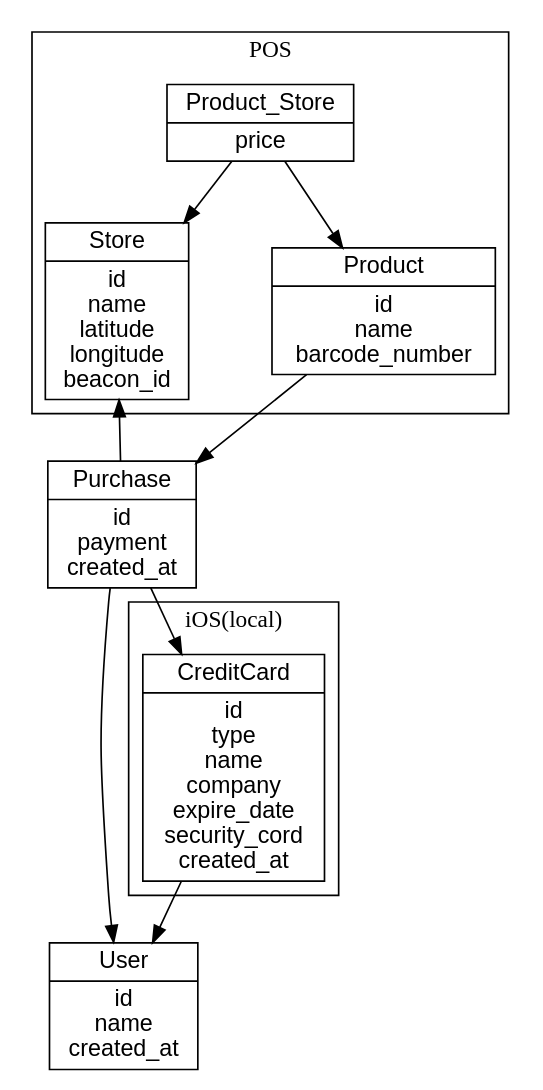
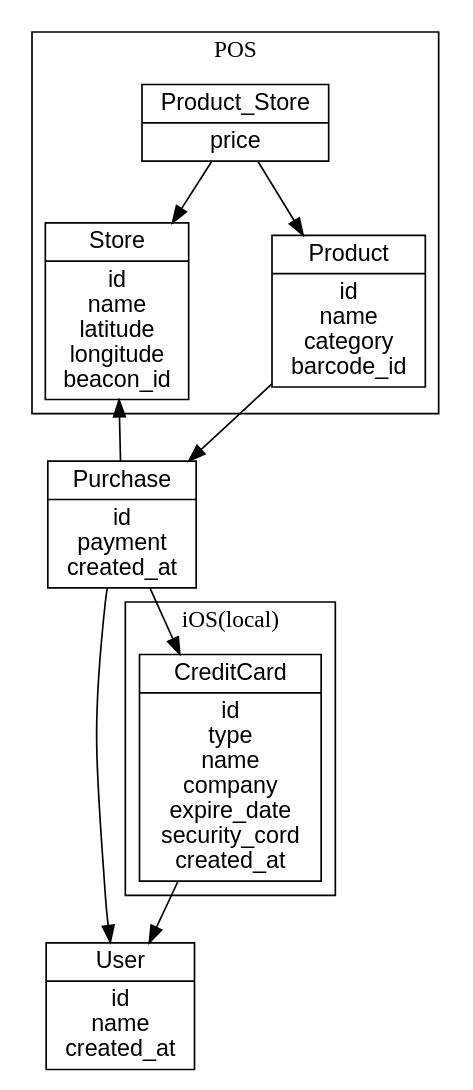
The diagram in db_schema.dot (out-of-tokyo/graphs), drawn with Graphviz before and after one commit.

Commit message:
Add category

```diff
--- a/db_schema.dot
+++ b/db_schema.dot
@@ -1,29 +1,29 @@
 digraph G {
    graph [size = "14, 11"];
    graph [nodesep = 0.7];
    node [shape = record, height = 0.01,
          fontname = "Helvetica", fontsize = 14];
 
    User [label = "{User|id\nname\ncreated_at}"];
    Purchase [label = "{Purchase|id\npayment\ncreated_at}"];
 
    subgraph cluster_0 {
       label = "POS"
       Store [label = "{Store|id\nname\nlatitude\nlongitude\nbeacon_id}"];
-      Product [label = "{Product|id\nname\nbarcode_number}"];
+      Product [label = "{Product|id\nname\ncategory\nbarcode_id}"];
       Product_Store [label = "{Product_Store|price}"];
    }
 
    subgraph cluster_1 {
       label = "iOS(local)"
       CreditCard [label = "{CreditCard|id\ntype\nname\ncompany\nexpire_date\nsecurity_cord\ncreated_at}"];
    }
 
    Purchase -> Store;
    Purchase -> User;
    Purchase -> CreditCard;
    Product_Store -> Store ;
    Product_Store -> Product ;
    Product -> Purchase;
    CreditCard -> User;
 }
```
